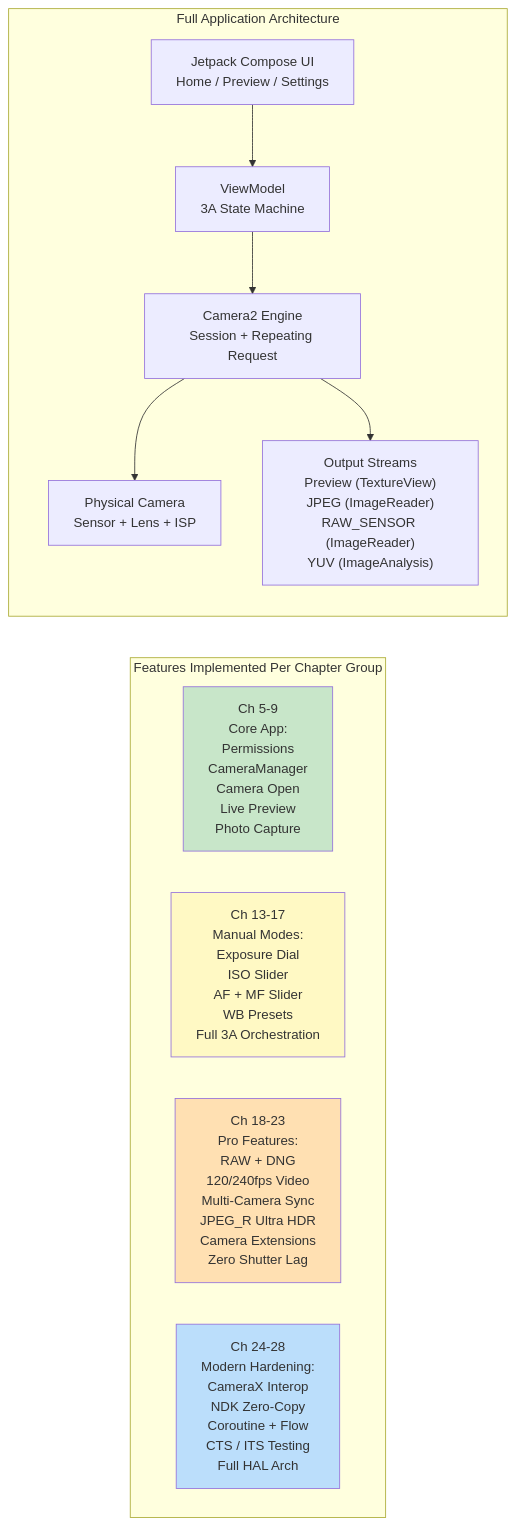
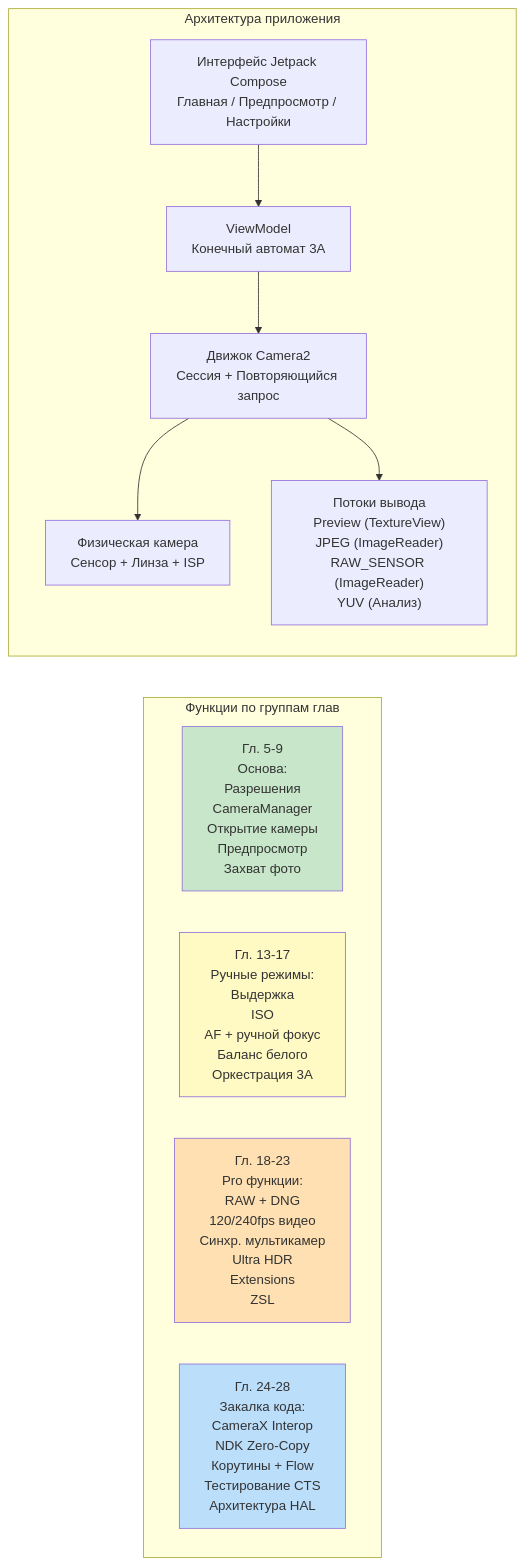
One commit to zoozooll/AndroidCameraParameters changed the second of 2 diagrams in website/i18n/ru/docusaurus-plugin-content-docs/current/camera2/welcome-to-android-camera2.md. Above: the diagram before and after it, drawn with Mermaid. The commit also changed other lines of this file and 378 other files, not shown here.

````diff
--- a/website/i18n/ru/docusaurus-plugin-content-docs/current/camera2/welcome-to-android-camera2.md
+++ b/website/i18n/ru/docusaurus-plugin-content-docs/current/camera2/welcome-to-android-camera2.md
@@ -182,25 +182,25 @@
 ```mermaid
 flowchart TB
-    subgraph LAYERED ["Full Application Architecture"]
+    subgraph LAYERED ["Архитектура приложения"]
         direction TB
-        UI["Jetpack Compose UI\nHome / Preview / Settings"] --> VM["ViewModel\n3A State Machine"]
-        VM --> CAM["Camera2 Engine\nSession + Repeating Request"]
-        CAM --> HW["Physical Camera\nSensor + Lens + ISP"]
-        CAM --> OUT["Output Streams\nPreview (TextureView)\nJPEG (ImageReader)\nRAW_SENSOR (ImageReader)\nYUV (ImageAnalysis)"]
+        UI["Интерфейс Jetpack Compose<br/>Главная / Предпросмотр / Настройки"] --> VM["ViewModel<br/>Конечный автомат 3A"]
+        VM --> CAM["Движок Camera2<br/>Сессия + Повторяющийся запрос"]
+        CAM --> HW["Физическая камера<br/>Сенсор + Линза + ISP"]
+        CAM --> OUT["Потоки вывода<br/>Preview (TextureView)<br/>JPEG (ImageReader)<br/>RAW_SENSOR (ImageReader)<br/>YUV (Анализ)"]
     end
     
-    subgraph FEATURES ["Features Implemented Per Chapter Group"]
+    subgraph FEATURES ["Функции по группам глав"]
         direction LR
-        P2["Ch 5-9\nCore App:\nPermissions\nCameraManager\nCamera Open\nLive Preview\nPhoto Capture"]
-        P4["Ch 13-17\nManual Modes:\nExposure Dial\nISO Slider\nAF + MF Slider\nWB Presets\nFull 3A Orchestration"]
-        P5["Ch 18-23\nPro Features:\nRAW + DNG\n120/240fps Video\nMulti-Camera Sync\nJPEG_R Ultra HDR\nCamera Extensions\nZero Shutter Lag"]
-        P6["Ch 24-28\nModern Hardening:\nCameraX Interop\nNDK Zero-Copy\nCoroutine + Flow\nCTS / ITS Testing\nFull HAL Arch"]
+        P2["Гл. 5-9<br/>Основа:<br/>Разрешения<br/>CameraManager<br/>Открытие камеры<br/>Предпросмотр<br/>Захват фото"]
+        P4["Гл. 13-17<br/>Ручные режимы:<br/>Выдержка<br/>ISO<br/>AF + ручной фокус<br/>Баланс белого<br/>Оркестрация 3A"]
+        P5["Гл. 18-23<br/>Pro функции:<br/>RAW + DNG<br/>120/240fps видео<br/>Синхр. мультикамер<br/>Ultra HDR<br/>Extensions<br/>ZSL"]
+        P6["Гл. 24-28<br/>Закалка кода:<br/>CameraX Interop<br/>NDK Zero-Copy<br/>Корутины + Flow<br/>Тестирование CTS<br/>Архитектура HAL"]
     end
     
     LAYERED ~~~ FEATURES
     
     style P2 fill:#C8E6C9
     style P4 fill:#FFF9C4
     style P5 fill:#FFE0B2
     style P6 fill:#BBDEFB
 ```
````
